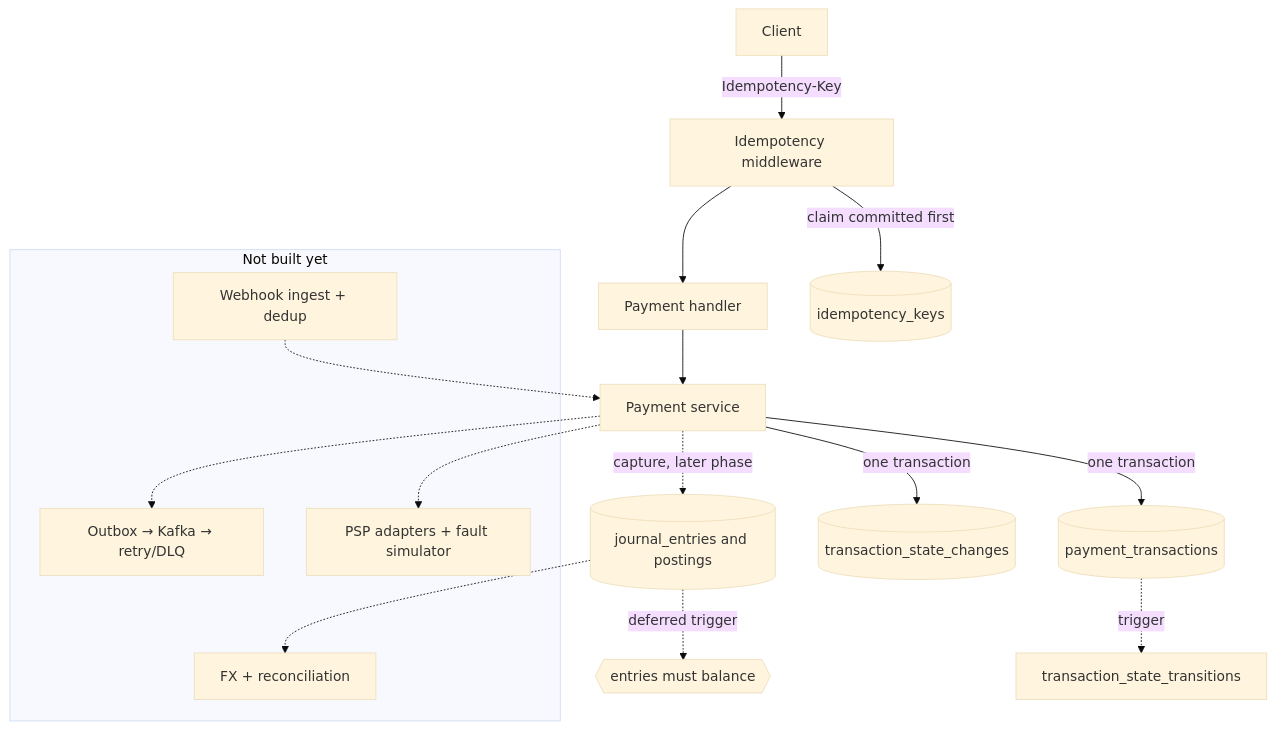
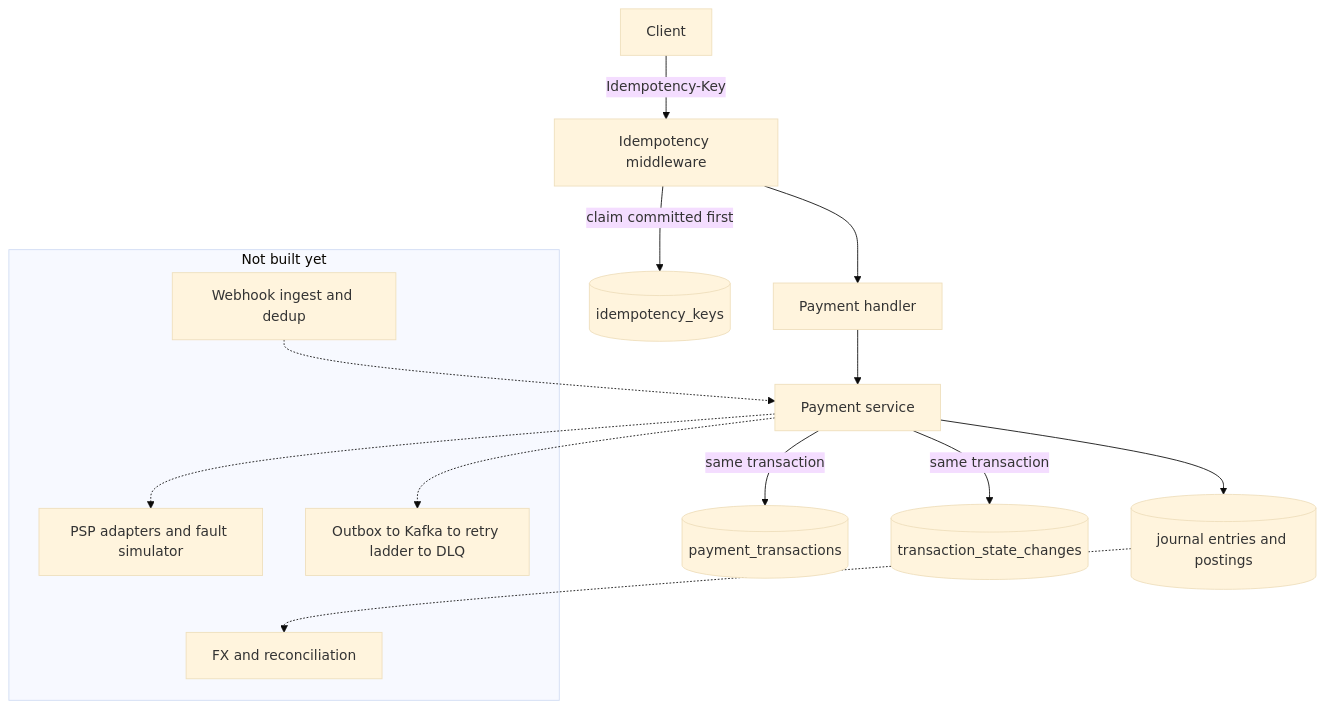
The diagram in README.md (lqtrung-95/payment-orchestration), drawn with Mermaid (base theme) before and after one commit. The commit also changed other lines of this file, not shown here.

Commit message:
docs: fix mermaid diagram failing to render on GitHub

````diff
--- a/README.md
+++ b/README.md
@@ -146,25 +146,22 @@
 ```mermaid
-graph TB
+flowchart TB
     Client -->|Idempotency-Key| MW[Idempotency middleware]
     MW -->|claim committed first| IK[(idempotency_keys)]
     MW --> H[Payment handler]
     H --> S[Payment service]
-    S -->|one transaction| TX[(payment_transactions)]
-    S -->|one transaction| AUD[(transaction_state_changes)]
-    S -. "capture, later phase" .-> LG[(journal_entries and postings)]
+    S -->|same transaction| TX[(payment_transactions)]
+    S -->|same transaction| AUD[(transaction_state_changes)]
+    S --> LG[(journal entries and postings)]
 
-    TX -.->|trigger| SM[transaction_state_transitions]
-    LG -.->|deferred trigger| BAL{{entries must balance}}
-
-    subgraph "Not built yet"
-        PSP[PSP adapters + fault simulator]
-        OB[Outbox → Kafka → retry/DLQ]
-        WH[Webhook ingest + dedup]
-        REC[FX + reconciliation]
+    subgraph planned [Not built yet]
+        PSP[PSP adapters and fault simulator]
+        OB[Outbox to Kafka to retry ladder to DLQ]
+        WH[Webhook ingest and dedup]
+        REC[FX and reconciliation]
     end
 
     S -.-> PSP
     S -.-> OB
     WH -.-> S
     LG -.-> REC
 ```
````
